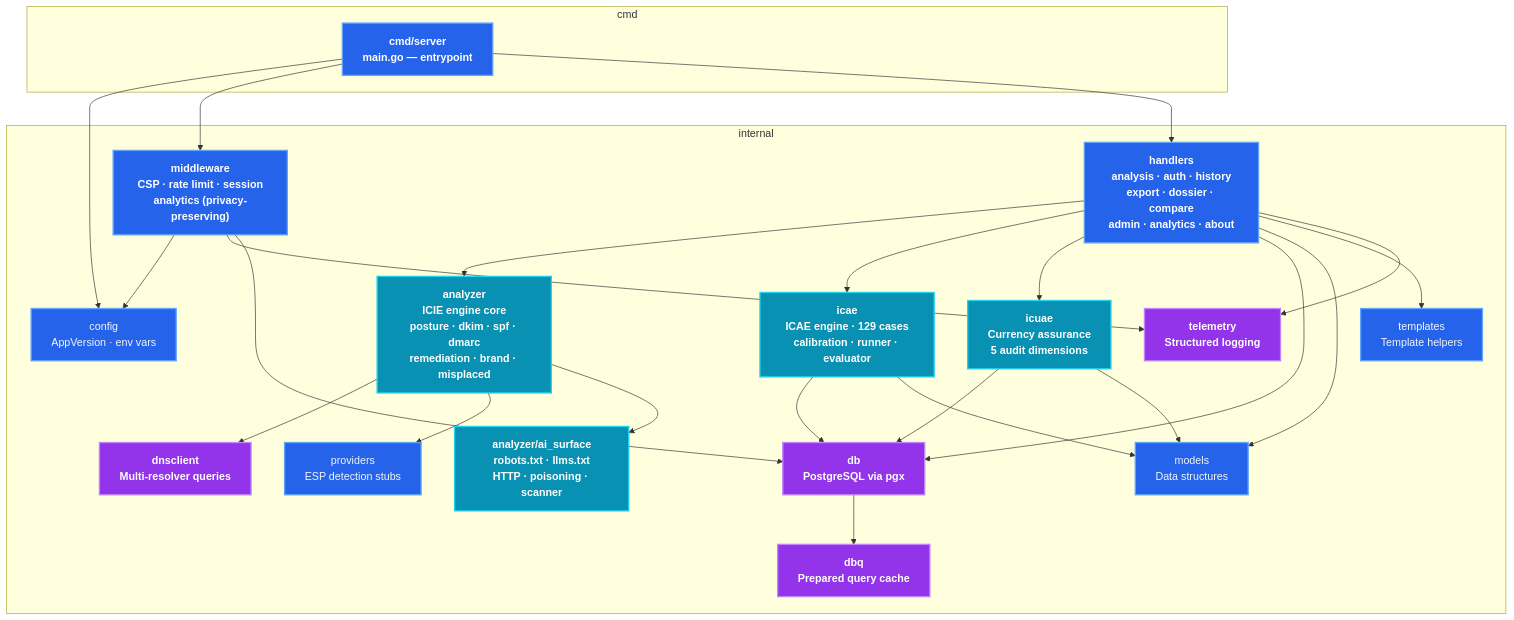
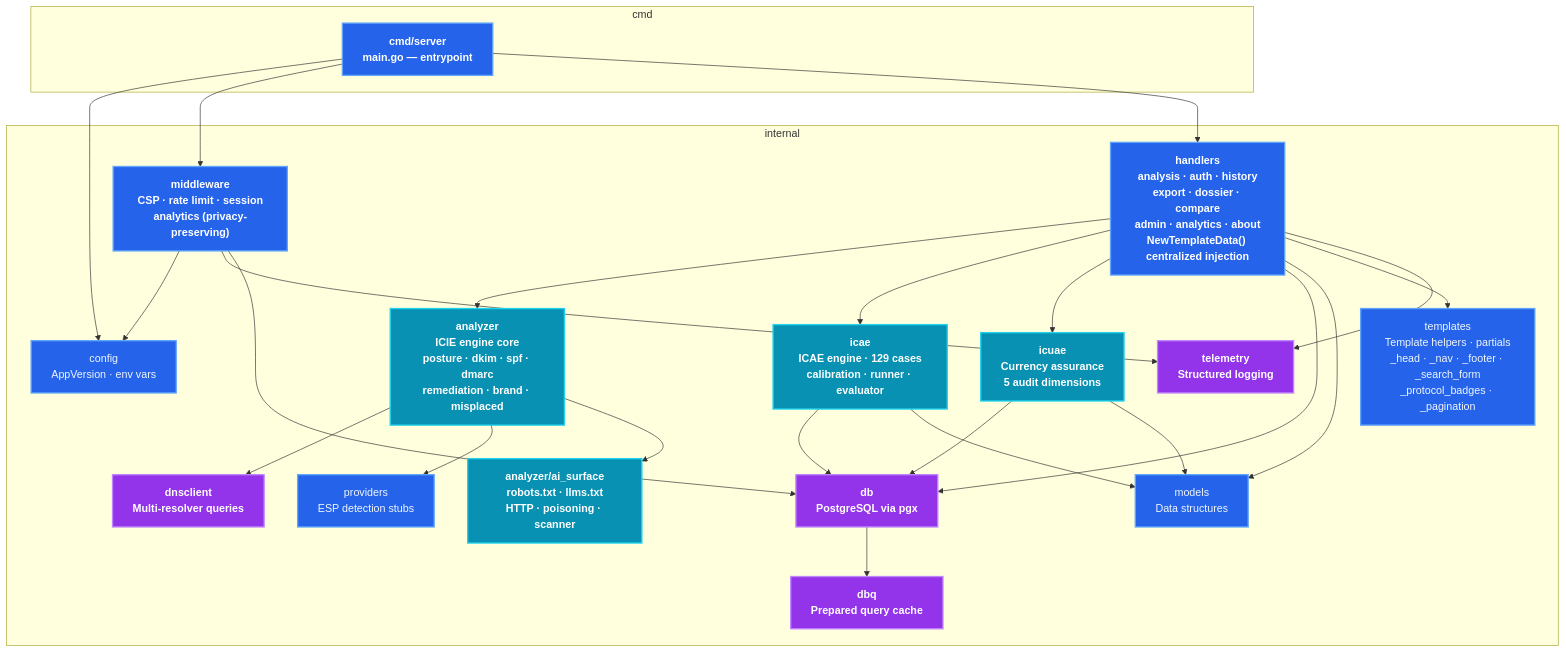
Before and after one commit to IT-Help-San-Diego/dns-tool-intel: the eighth of 11 diagrams in docs/architecture/SYSTEM_ARCHITECTURE.md, drawn with Mermaid. The commit also changed 100 other files, not shown here.

````diff
--- a/docs/architecture/SYSTEM_ARCHITECTURE.md
+++ b/docs/architecture/SYSTEM_ARCHITECTURE.md
@@ -471,41 +471,41 @@
 ```mermaid
 graph TB
     subgraph "cmd"
         Server["cmd/server<br/>main.go — entrypoint"]
     end
 
     subgraph "internal"
         Config["config<br/>AppVersion · env vars"]
         Middleware["middleware<br/>CSP · rate limit · session<br/>analytics (privacy-preserving)"]
-        Handlers["handlers<br/>analysis · auth · history<br/>export · dossier · compare<br/>admin · analytics · about"]
+        Handlers["handlers<br/>analysis · auth · history<br/>export · dossier · compare<br/>admin · analytics · about<br/>NewTemplateData() centralized injection"]
         Analyzer["analyzer<br/>ICIE engine core<br/>posture · dkim · spf · dmarc<br/>remediation · brand · misplaced"]
         AISurface["analyzer/ai_surface<br/>robots.txt · llms.txt<br/>HTTP · poisoning · scanner"]
         ICAE2["icae<br/>ICAE engine · 129 cases<br/>calibration · runner · evaluator"]
         ICuAE2["icuae<br/>Currency assurance<br/>5 audit dimensions"]
         DNSClient2["dnsclient<br/>Multi-resolver queries"]
         DB2["db<br/>PostgreSQL via pgx"]
         DBQ["dbq<br/>Prepared query cache"]
         Models["models<br/>Data structures"]
         Providers["providers<br/>ESP detection stubs"]
         Telemetry["telemetry<br/>Structured logging"]
-        Templates3["templates<br/>Template helpers"]
+        Templates3["templates<br/>Template helpers · partials<br/>_head · _nav · _footer · _search_form<br/>_protocol_badges · _pagination"]
     end
 
     Server --> Config & Middleware & Handlers
     Handlers --> Analyzer & ICAE2 & ICuAE2 & DB2 & Models & Templates3
     Analyzer --> DNSClient2 & Providers & AISurface
     ICAE2 --> DB2 & Models
     ICuAE2 --> DB2 & Models
     Handlers --> Telemetry
     DB2 --> DBQ
     Middleware --> Config & Telemetry & DB2
 
     classDef default fill:#2563eb,stroke:#60a5fa,stroke-width:2px,color:#f0f6fc
     classDef core fill:#2563eb,stroke:#60a5fa,stroke-width:2px,color:#fff,font-weight:bold
     classDef engine fill:#0891b2,stroke:#22d3ee,stroke-width:2px,color:#fff,font-weight:bold
     classDef infra fill:#9333ea,stroke:#c084fc,stroke-width:2px,color:#fff,font-weight:bold
     class Analyzer,AISurface,ICAE2,ICuAE2 engine
     class Server,Handlers,Middleware core
     class DB2,DBQ,DNSClient2,Telemetry infra
     class Config,Models,Providers,Templates3 default
 ```
````
